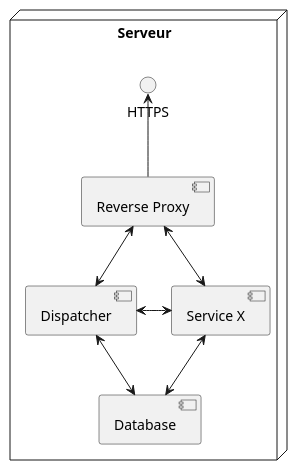
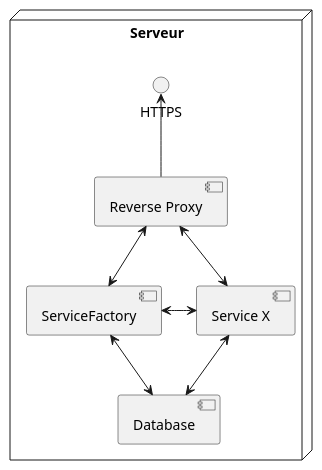
One commit to traderbook/documentation changed the diagram in dev-docs/specs/techniques/stddeployment.adoc. Above: the diagram before and after it, drawn with PlantUML. The commit also changed other lines of this file and 3 other files, not shown here.

Commit message:
Updated to Service Factory

```diff
--- a/dev-docs/specs/techniques/stddeployment.adoc
+++ b/dev-docs/specs/techniques/stddeployment.adoc
@@ -5,17 +5,17 @@
 [plantuml, format="svg", role="right"]
 ....
 node Serveur {
     component "Reverse Proxy" as reverseproxy
-    component "Dispatcher" as dispatcher
+    component "ServiceFactory" as ServiceFactory
     component "Service X" as servicex
     component "Database" as database
 
     reverseproxy -up-> HTTPS
-    reverseproxy <--> dispatcher
-    dispatcher <-right-> servicex
+    reverseproxy <--> ServiceFactory
+    ServiceFactory <-right-> servicex
     reverseproxy <--> servicex
 
-    database <-up-> dispatcher
+    database <-up-> ServiceFactory
     database <-up-> servicex
 }
 ....
```
